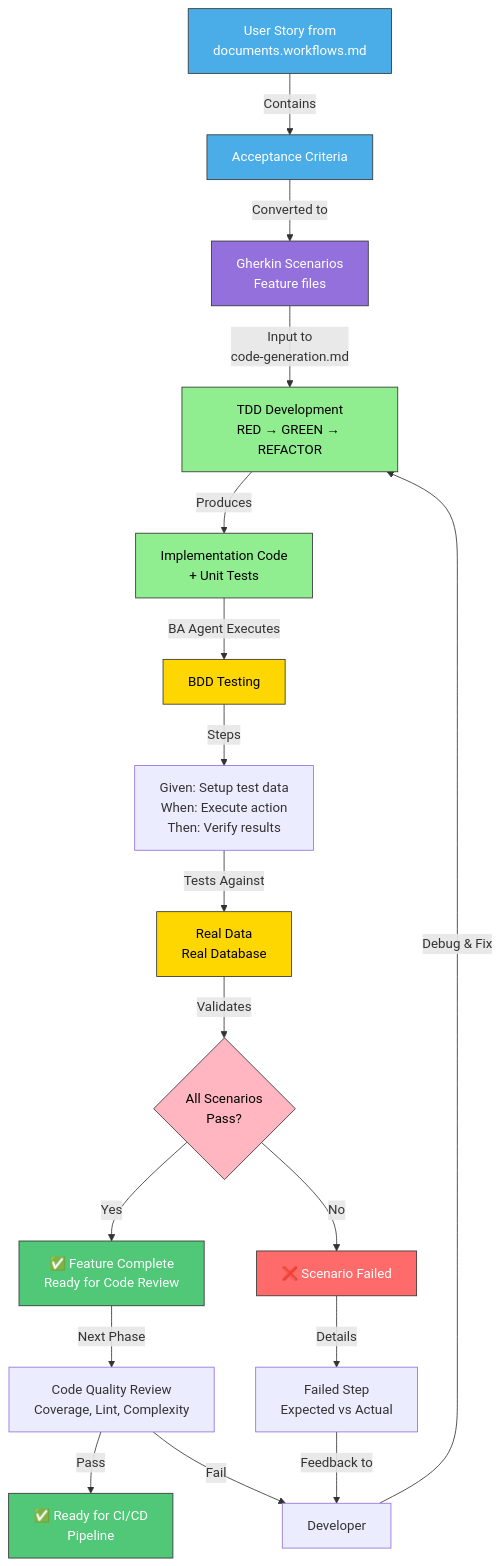
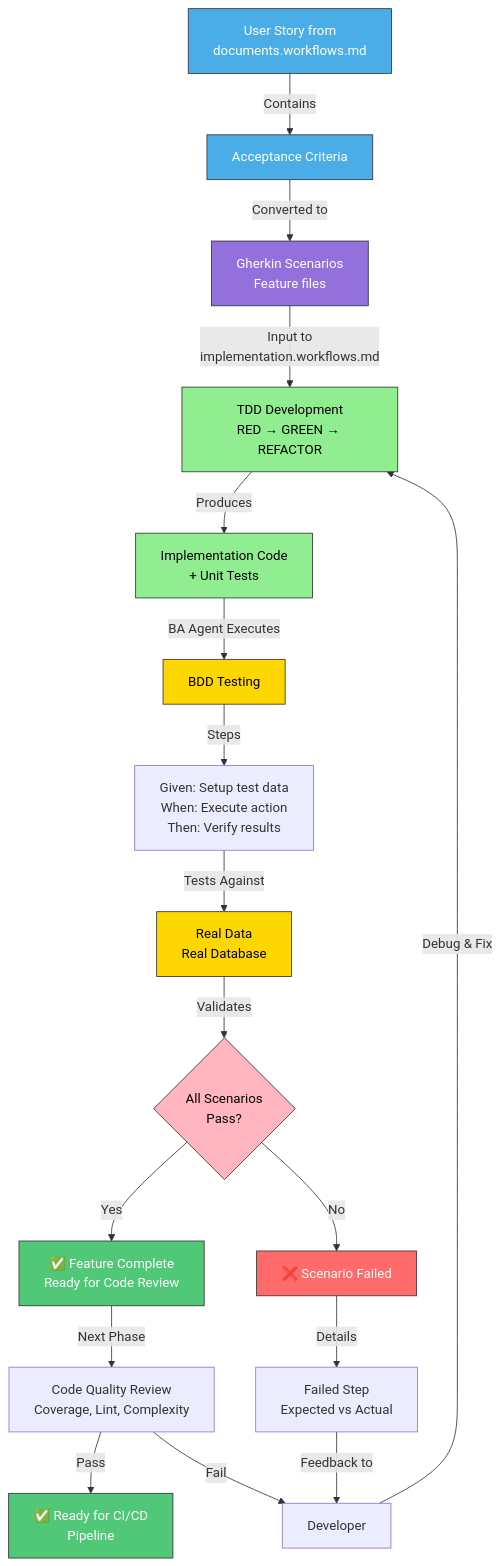
One commit to oboukhris-palo/training-day-3 changed the fifth of 6 diagrams in project-template/.github/README.md. Above: the diagram before and after it, drawn with Mermaid. The commit also changed other lines of this file and 8 other files, not shown here.

````diff
--- a/project-template/.github/README.md
+++ b/project-template/.github/README.md
@@ -195,41 +286,41 @@
 ```mermaid
 graph TD
     A["User Story from<br/>documents.workflows.md"] -->|Contains| B["Acceptance Criteria"]
     
     B -->|Converted to| C["Gherkin Scenarios<br/>Feature files"]
     
-    C -->|Input to<br/>code-generation.md| D["TDD Development<br/>RED → GREEN → REFACTOR"]
+    C -->|Input to<br/>implementation.workflows.md| D["TDD Development<br/>RED → GREEN → REFACTOR"]
     
     D -->|Produces| E["Implementation Code<br/>+ Unit Tests"]
     
     E -->|BA Agent Executes| F["BDD Testing"]
     
     F -->|Steps| F1["Given: Setup test data<br/>When: Execute action<br/>Then: Verify results"]
     
     F1 -->|Tests Against| G["Real Data<br/>Real Database"]
     
     G -->|Validates| H{All Scenarios<br/>Pass?}
     
     H -->|Yes| I["✅ Feature Complete<br/>Ready for Code Review"]
     H -->|No| J["❌ Scenario Failed"]
     
     J -->|Details| K["Failed Step<br/>Expected vs Actual"]
     K -->|Feedback to| L["Developer"]
     L -->|Debug & Fix| D
     
     I -->|Next Phase| M["Code Quality Review<br/>Coverage, Lint, Complexity"]
     M -->|Pass| N["✅ Ready for CI/CD<br/>Pipeline"]
     M -->|Fail| L
     
     style A fill:#4BADE8,stroke:#333,color:#fff
     style B fill:#4BADE8,stroke:#333,color:#fff
     style C fill:#9370DB,stroke:#333,color:#fff
     style D fill:#90EE90,stroke:#333,color:#000
     style E fill:#90EE90,stroke:#333,color:#000
     style F fill:#FFD700,stroke:#333,color:#000
     style G fill:#FFD700,stroke:#333,color:#000
     style H fill:#FFB6C1,stroke:#333,color:#000
     style I fill:#50C878,stroke:#333,color:#fff
     style J fill:#FF6B6B,stroke:#333,color:#fff
     style N fill:#50C878,stroke:#333,color:#fff
 ```
````
